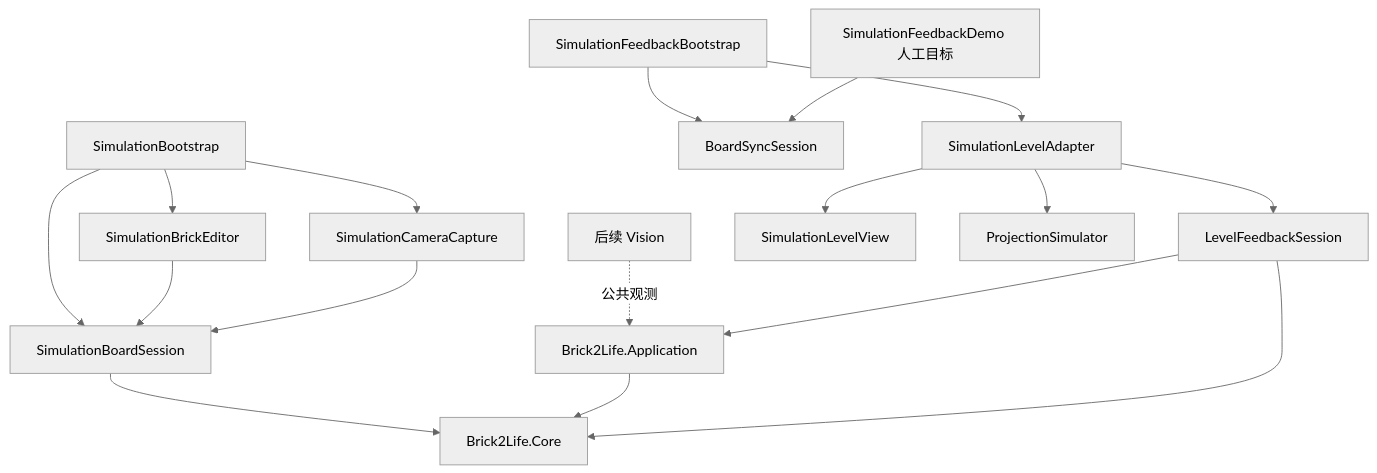
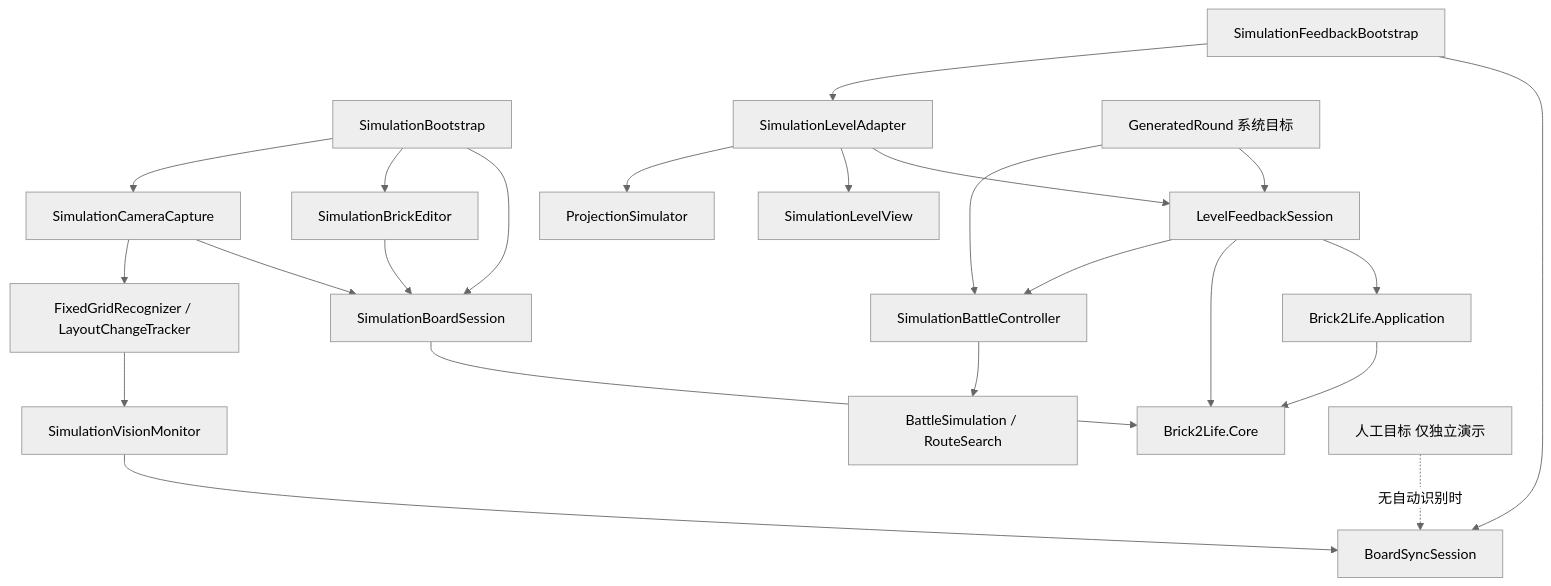
The diagram in docs/architecture.md (hanyang-sun/Brick2life), drawn with Mermaid (neutral theme) before and after one commit. The commit also changed other lines of this file and 37 other files, not shown here.

````diff
--- a/docs/architecture.md
+++ b/docs/architecture.md
@@ -7,19 +7,25 @@
 ```mermaid
 flowchart TD
     Entry[SimulationBootstrap] --> Session[SimulationBoardSession]
     Entry --> UI[SimulationBrickEditor]
     Entry --> Capture[SimulationCameraCapture]
     UI --> Session
     Capture --> Session
     Session --> Core[Brick2Life.Core]
     App[Brick2Life.Application] --> Core
-    Vision[后续 Vision] -. 公共观测 .-> App
+    Vision[FixedGridRecognizer / LayoutChangeTracker] --> Monitor[SimulationVisionMonitor]
+    Capture --> Vision
+    Monitor --> Sync
     Fb[SimulationFeedbackBootstrap] --> Sync[BoardSyncSession]
     Fb --> Adapter[SimulationLevelAdapter]
     Adapter --> Level[LevelFeedbackSession]
     Adapter --> View[SimulationLevelView]
     Adapter --> Proj[ProjectionSimulator]
     Level --> App
     Level --> Core
-    Demo[SimulationFeedbackDemo 人工目标] --> Sync
+    Goals[GeneratedRound 系统目标] --> Level
+    Goals --> Controller[SimulationBattleController]
+    Level --> Controller
+    Controller --> Battle[BattleSimulation / RouteSearch]
+    Demo[人工目标 仅独立演示] -. 无自动识别时 .-> Sync
 ```
````
